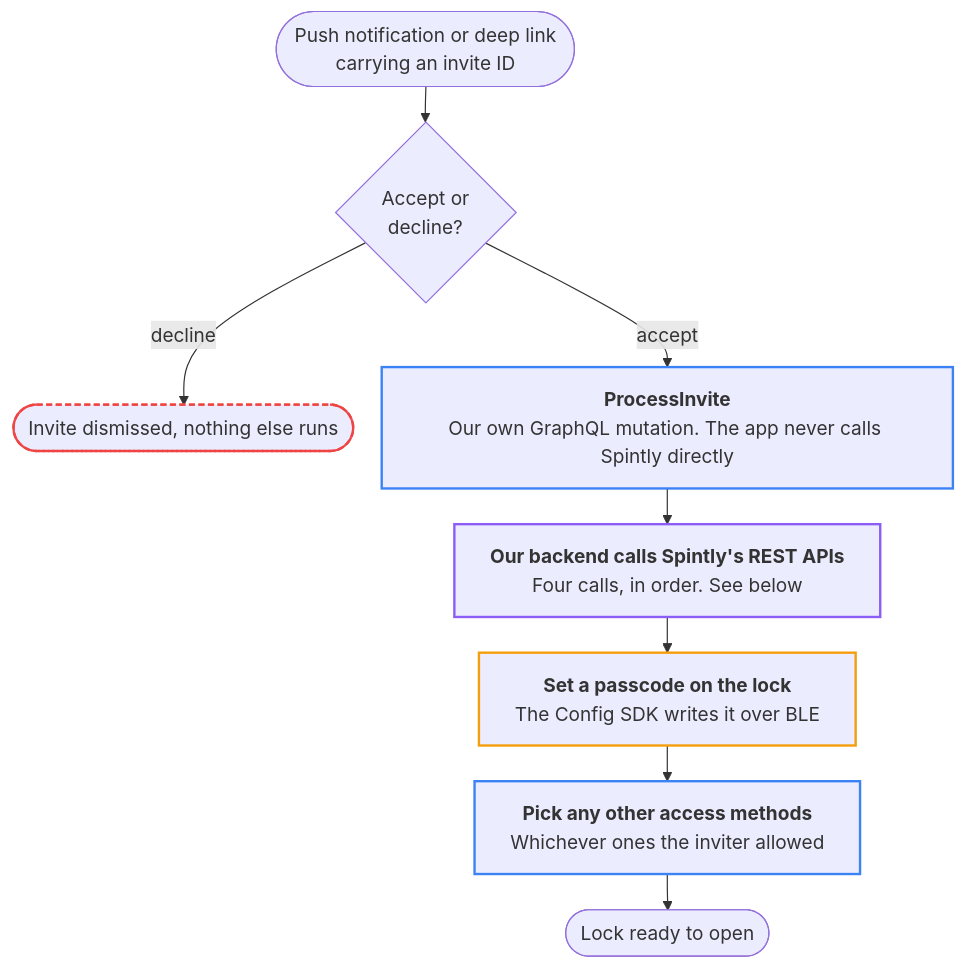
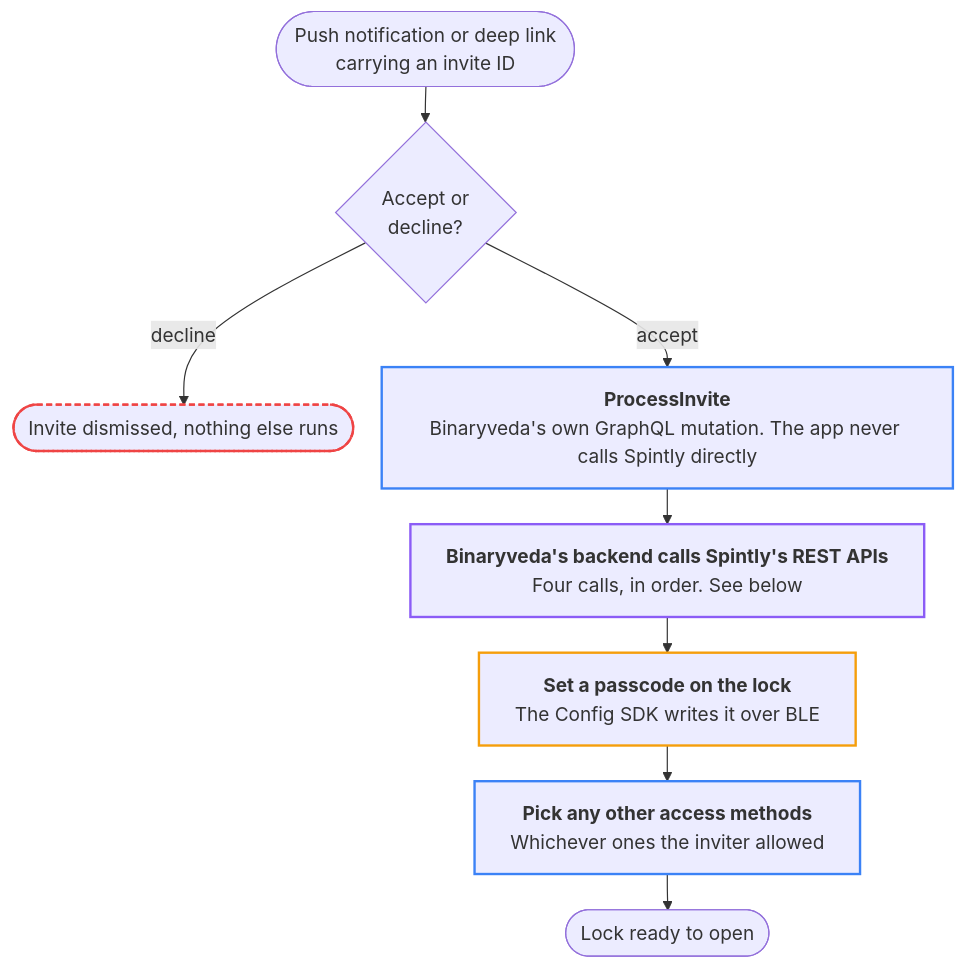
The first of 4 diagrams in docs/lock-share-invites.md (Yash-Wadatkar-Binaryveda/sdk-docs-site), drawn with Mermaid before and after one commit. The commit also changed other lines of this file and 3 other files, not shown here.

First line of the commit message:
Update documentation to reflect Binaryveda's backend and clarify SDK interactions

````diff
--- a/docs/lock-share-invites.md
+++ b/docs/lock-share-invites.md
@@ -20,20 +20,20 @@
 ```mermaid
 %%{init:{"flowchart":{"wrappingWidth":420,"nodeSpacing":24,"rankSpacing":30}}}%%
 flowchart TD
     S(["Push notification or deep link<br/>carrying an invite ID"]) --> D{"Accept or<br/>decline?"}
     D -->|decline| X(["Invite dismissed, nothing else runs"])
-    D -->|accept| A["<b>ProcessInvite</b><br/>Our own GraphQL mutation. The app never calls Spintly directly"]
-    A --> B["<b>Our backend calls Spintly's REST APIs</b><br/>Four calls, in order. See below"]
+    D -->|accept| A["<b>ProcessInvite</b><br/>Binaryveda's own GraphQL mutation. The app never calls Spintly directly"]
+    A --> B["<b>Binaryveda's backend calls Spintly's REST APIs</b><br/>Four calls, in order. See below"]
     B --> C["<b>Set a passcode on the lock</b><br/>The Config SDK writes it over BLE"]
     C --> E["<b>Pick any other access methods</b><br/>Whichever ones the inviter allowed"]
     E --> F(["Lock ready to open"])
 
-    classDef ours stroke:#3b82f6,stroke-width:2px
+    classDef bv stroke:#3b82f6,stroke-width:2px
     classDef spintly stroke:#8b5cf6,stroke-width:2px
     classDef hw stroke:#f59e0b,stroke-width:2px
     classDef skip stroke:#ef4444,stroke-width:2px,stroke-dasharray:5 3
-    class A,E ours
+    class A,E bv
     class B spintly
     class C hw
     class X skip
 ```
````
